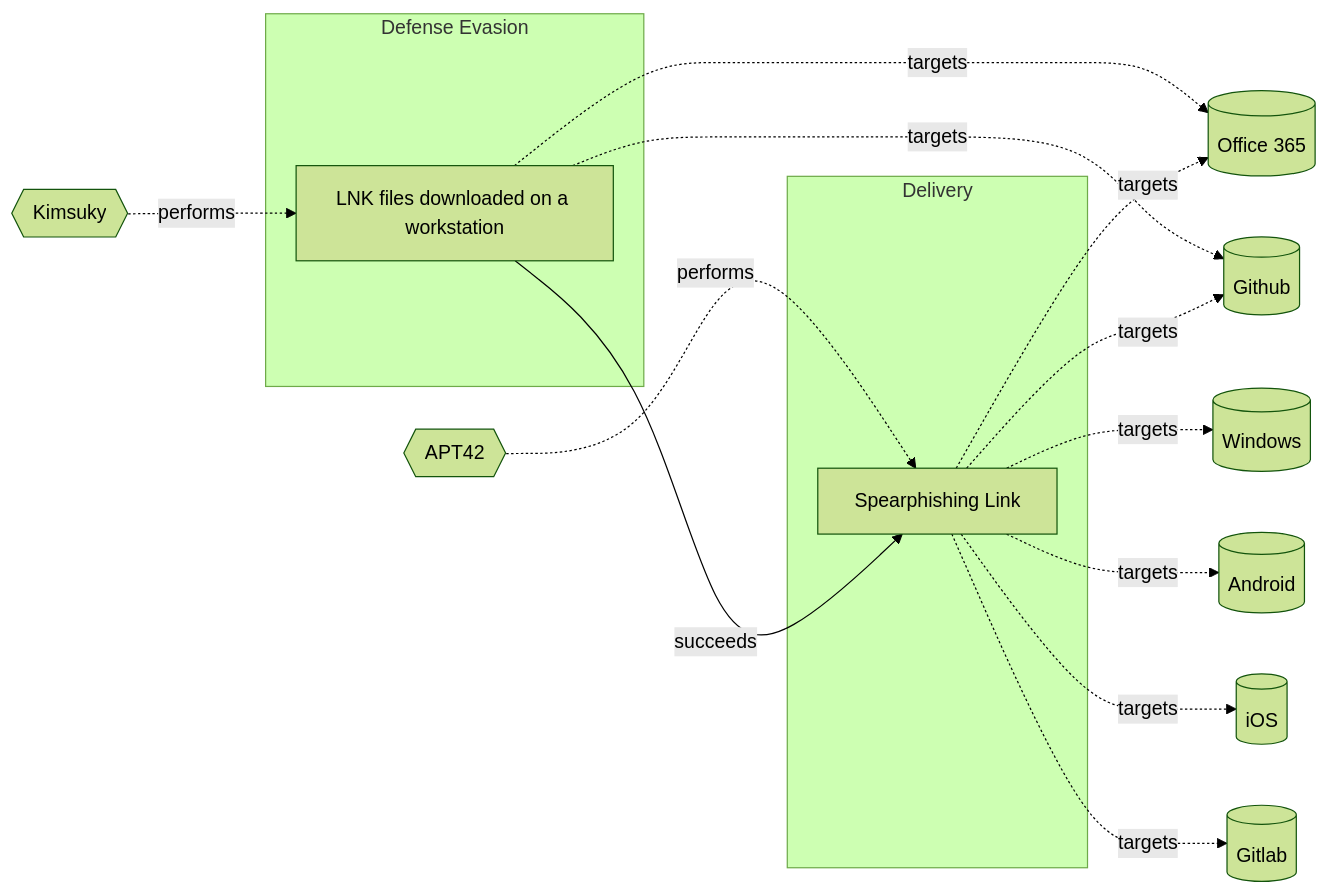
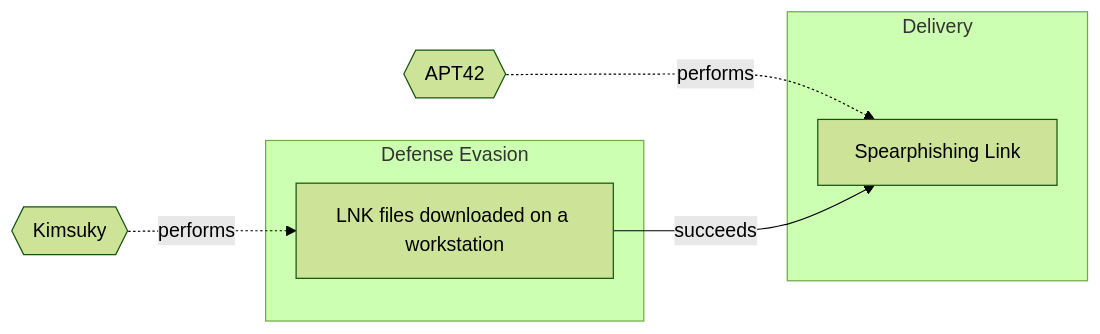
The diagram in Models/Threat Vectors/☣️ LNK files downloaded on a workstation.md (OpenTideHQ/WikiTide), drawn with Mermaid (forest theme) before and after one commit. The commit also changed other lines of this file and 232 other files, not shown here.

````diff
--- a/Models/Threat Vectors/☣️ LNK files downloaded on a workstation.md
+++ b/Models/Threat Vectors/☣️ LNK files downloaded on a workstation.md
@@ -82,37 +82,23 @@
 ```mermaid
 
 flowchart LR
 
 3088db32-843b-439f-9374-f8c04a82b2ec[LNK files downloaded on a workstation]
 1a68b5eb-0112-424d-a21f-88dda0b6b8df[Spearphishing Link]
 
 subgraph Defense Evasion
 3088db32-843b-439f-9374-f8c04a82b2ec
 end
 subgraph Delivery
 1a68b5eb-0112-424d-a21f-88dda0b6b8df
 end
 
-Office365[(Office 365)]
-Github[(Github)]
-Windows[(Windows)]
-Android[(Android)]
-iOS[(iOS)]
-Gitlab[(Gitlab)]
 Kimsuky{{Kimsuky}}
 APT42{{APT42}}
 
-3088db32-843b-439f-9374-f8c04a82b2ec -.->|targets| Office365
-3088db32-843b-439f-9374-f8c04a82b2ec -.->|targets| Github
-1a68b5eb-0112-424d-a21f-88dda0b6b8df -.->|targets| Windows
-1a68b5eb-0112-424d-a21f-88dda0b6b8df -.->|targets| Office365
-1a68b5eb-0112-424d-a21f-88dda0b6b8df -.->|targets| Android
-1a68b5eb-0112-424d-a21f-88dda0b6b8df -.->|targets| iOS
-1a68b5eb-0112-424d-a21f-88dda0b6b8df -.->|targets| Github
-1a68b5eb-0112-424d-a21f-88dda0b6b8df -.->|targets| Gitlab
 Kimsuky -.-> |performs| 3088db32-843b-439f-9374-f8c04a82b2ec
 APT42 -.-> |performs| 1a68b5eb-0112-424d-a21f-88dda0b6b8df
 
 3088db32-843b-439f-9374-f8c04a82b2ec -->|succeeds| 1a68b5eb-0112-424d-a21f-88dda0b6b8df
 
 ```
````
